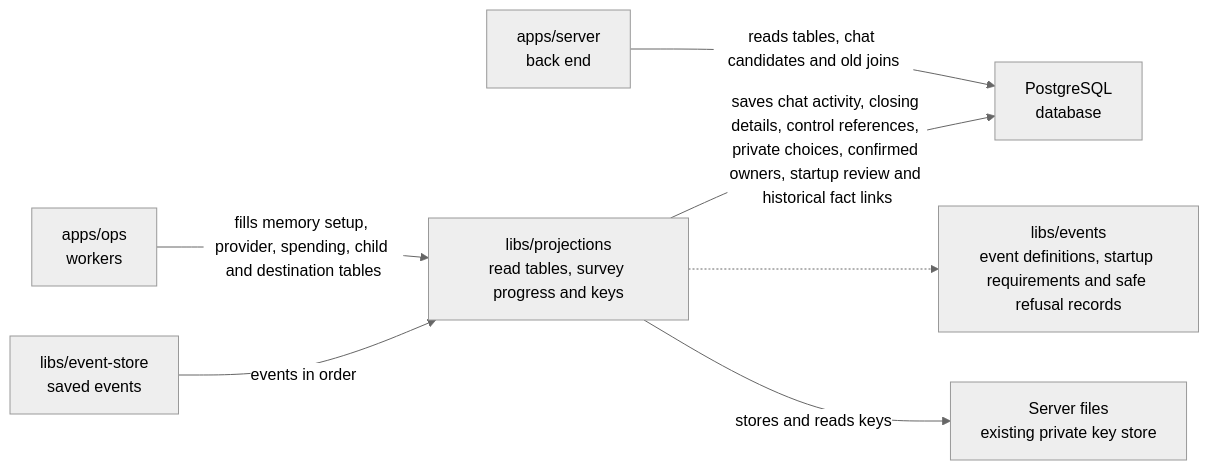
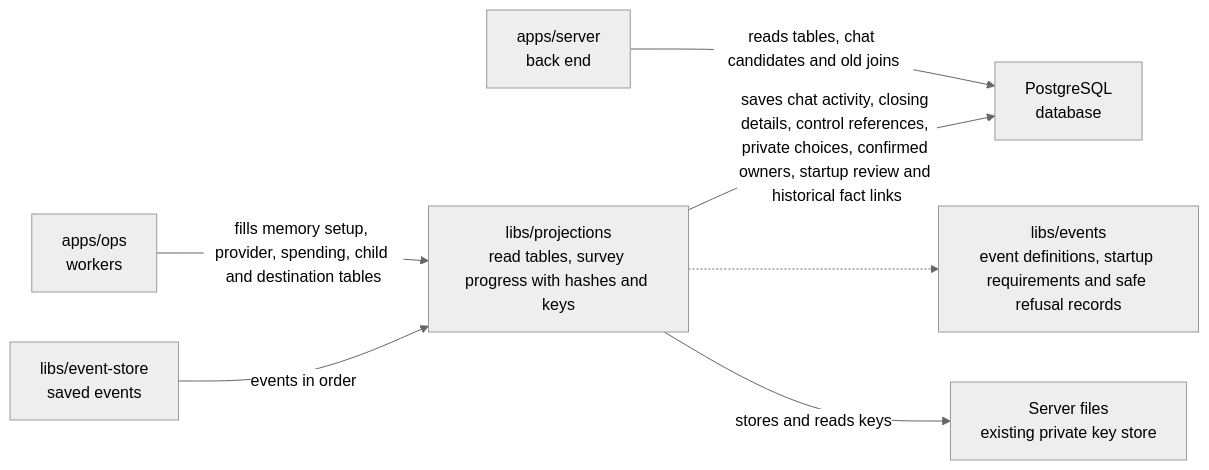
One commit to elewa-git/opencrane-new changed the diagram in libs/projections/README.md. Above: the diagram before and after it, drawn with Mermaid (neutral theme). The commit also changed other lines of this file and 13 other files, not shown here.

````diff
--- a/libs/projections/README.md
+++ b/libs/projections/README.md
@@ -23,9 +23,9 @@
 ```mermaid
 flowchart LR
-  ops["apps/ops<br/>workers"] -->|fills memory setup, provider, spending, child and destination tables| projections["libs/projections<br/>read tables, survey progress and keys"]
+  ops["apps/ops<br/>workers"] -->|fills memory setup, provider, spending, child and destination tables| projections["libs/projections<br/>read tables, survey progress with hashes and keys"]
   server["apps/server<br/>back end"] -->|reads tables, chat candidates and old joins| pg["PostgreSQL<br/>database"]
   projections -->|saves chat activity, closing details, control references, private choices, confirmed owners, startup review and historical fact links| pg
   store["libs/event-store<br/>saved events"] -->|events in order| projections
   projections -.-> events["libs/events<br/>event definitions, startup requirements and safe refusal records"]
   projections -->|stores and reads keys| keys["Server files<br/>existing private key store"]
 ```
````
